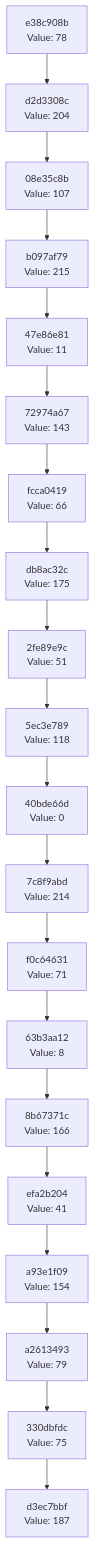
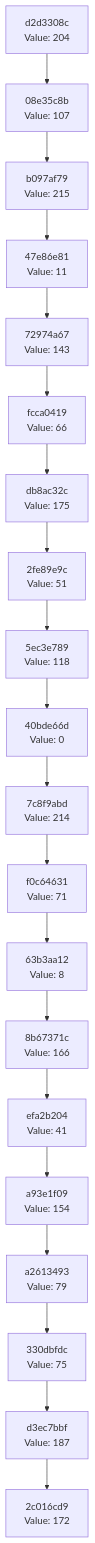
Before and after one commit to Abhisheksinha1506/hash-chain-evolver: the diagram in docs/CHAIN_VISUALIZATION.md, drawn with Mermaid. The commit also changed 3 other files, not shown here.

````diff
--- a/docs/CHAIN_VISUALIZATION.md
+++ b/docs/CHAIN_VISUALIZATION.md
@@ -3,42 +3,42 @@
 ```mermaid
 graph TD
-    C0["d3ec7bbf<br/>Value: 187"]
-    C1["330dbfdc<br/>Value: 75"]
+    C0["2c016cd9<br/>Value: 172"]
+    C1["d3ec7bbf<br/>Value: 187"]
     C1 --> C0
-    C2["a2613493<br/>Value: 79"]
+    C2["330dbfdc<br/>Value: 75"]
     C2 --> C1
-    C3["a93e1f09<br/>Value: 154"]
+    C3["a2613493<br/>Value: 79"]
     C3 --> C2
-    C4["efa2b204<br/>Value: 41"]
+    C4["a93e1f09<br/>Value: 154"]
     C4 --> C3
-    C5["8b67371c<br/>Value: 166"]
+    C5["efa2b204<br/>Value: 41"]
     C5 --> C4
-    C6["63b3aa12<br/>Value: 8"]
+    C6["8b67371c<br/>Value: 166"]
     C6 --> C5
-    C7["f0c64631<br/>Value: 71"]
+    C7["63b3aa12<br/>Value: 8"]
     C7 --> C6
-    C8["7c8f9abd<br/>Value: 214"]
+    C8["f0c64631<br/>Value: 71"]
     C8 --> C7
-    C9["40bde66d<br/>Value: 0"]
+    C9["7c8f9abd<br/>Value: 214"]
     C9 --> C8
-    C10["5ec3e789<br/>Value: 118"]
+    C10["40bde66d<br/>Value: 0"]
     C10 --> C9
-    C11["2fe89e9c<br/>Value: 51"]
+    C11["5ec3e789<br/>Value: 118"]
     C11 --> C10
-    C12["db8ac32c<br/>Value: 175"]
+    C12["2fe89e9c<br/>Value: 51"]
     C12 --> C11
-    C13["fcca0419<br/>Value: 66"]
+    C13["db8ac32c<br/>Value: 175"]
     C13 --> C12
-    C14["72974a67<br/>Value: 143"]
+    C14["fcca0419<br/>Value: 66"]
     C14 --> C13
-    C15["47e86e81<br/>Value: 11"]
+    C15["72974a67<br/>Value: 143"]
     C15 --> C14
-    C16["b097af79<br/>Value: 215"]
+    C16["47e86e81<br/>Value: 11"]
     C16 --> C15
-    C17["08e35c8b<br/>Value: 107"]
+    C17["b097af79<br/>Value: 215"]
     C17 --> C16
-    C18["d2d3308c<br/>Value: 204"]
+    C18["08e35c8b<br/>Value: 107"]
     C18 --> C17
-    C19["e38c908b<br/>Value: 78"]
+    C19["d2d3308c<br/>Value: 204"]
     C19 --> C18
 ```
````
